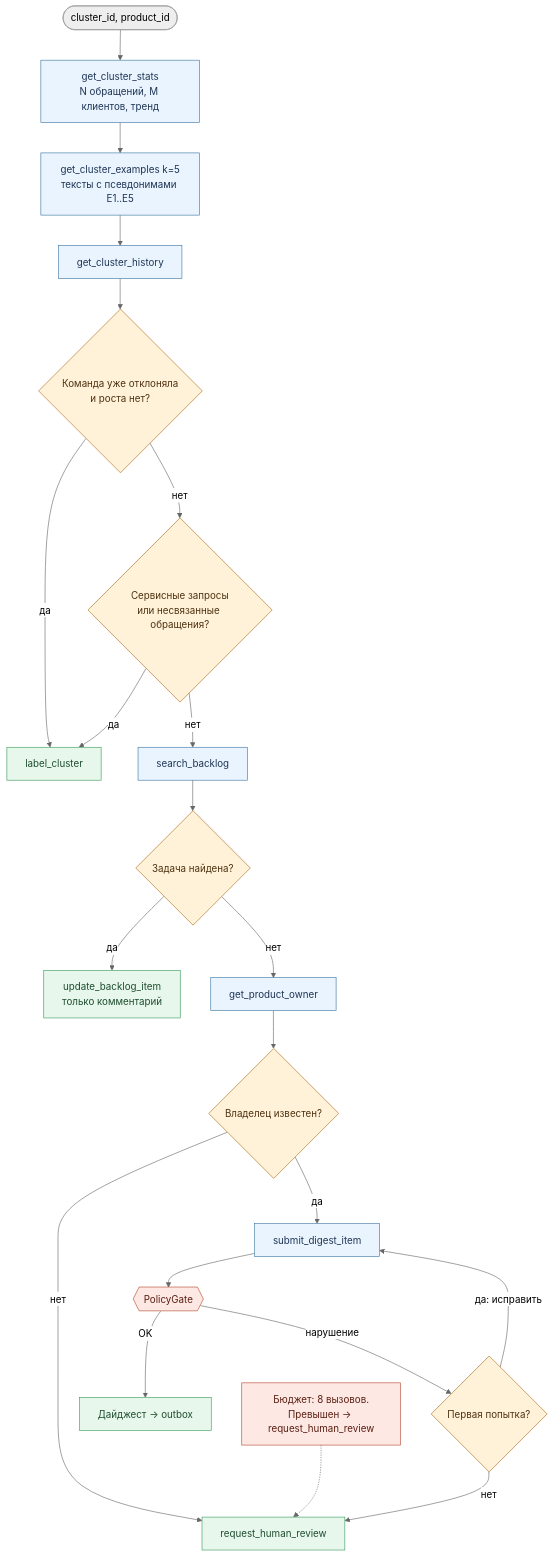
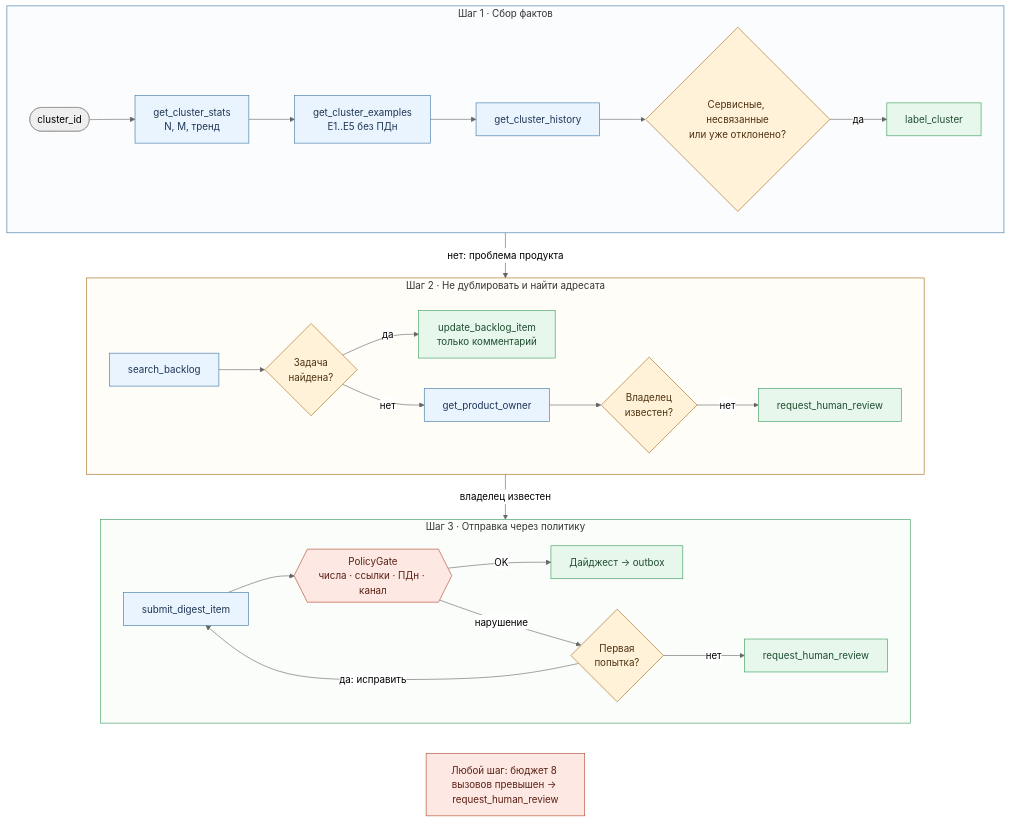
The diagram in docs/diagrams/03-agent-workflow.mmd (Gnod-do/ticket-triage-agent), drawn with Mermaid (neutral theme) before and after one commit. The commit also changed 11 other files, not shown here.

Commit message:
build(submission): DOCX/PDF exporter with 15k character check; print-friendly diagrams

```diff
--- a/docs/diagrams/03-agent-workflow.mmd
+++ b/docs/diagrams/03-agent-workflow.mmd
@@ -1,27 +1,41 @@
 %% Алгоритм агента по одному кластеру: 4 возможных исхода, ≤ 8 вызовов инструментов
 flowchart TB
   classDef tool fill:#eaf4ff,stroke:#3d76a2,color:#1e3554
   classDef dec fill:#fff2d9,stroke:#a66b17,color:#4d3210
   classDef out fill:#e7f7ec,stroke:#3a9b5c,color:#1f4d30
   classDef gate fill:#fde8e4,stroke:#b4472e,color:#5a1f12
 
-  S(["cluster_id, product_id"]) --> T1["get_cluster_stats<br/>N обращений, M клиентов, тренд"]:::tool
-  T1 --> T2["get_cluster_examples k=5<br/>тексты с псевдонимами E1..E5"]:::tool
-  T2 --> T3["get_cluster_history"]:::tool
-  T3 --> D1{"Команда уже отклоняла<br/>и роста нет?"}:::dec
-  D1 -->|"да"| L1["label_cluster"]:::out
-  D1 -->|"нет"| D2{"Сервисные запросы<br/>или несвязанные обращения?"}:::dec
-  D2 -->|"да"| L1
-  D2 -->|"нет"| T4["search_backlog"]:::tool
-  T4 --> D3{"Задача найдена?"}:::dec
-  D3 -->|"да"| L2["update_backlog_item<br/>только комментарий"]:::out
-  D3 -->|"нет"| T5["get_product_owner"]:::tool
-  T5 --> D4{"Владелец известен?"}:::dec
-  D4 -->|"нет"| L4["request_human_review"]:::out
-  D4 -->|"да"| T6["submit_digest_item"]:::tool
-  T6 --> G{{"PolicyGate"}}:::gate
-  G -->|"OK"| L3["Дайджест → outbox"]:::out
-  G -->|"нарушение"| D5{"Первая попытка?"}:::dec
-  D5 -->|"да: исправить"| T6
-  D5 -->|"нет"| L4
-  B["Бюджет: 8 вызовов.<br/>Превышен → request_human_review"]:::gate -.-> L4
+  subgraph A1["Шаг 1 · Сбор фактов"]
+    direction LR
+    S(["cluster_id"]) --> T1["get_cluster_stats<br/>N, M, тренд"]:::tool
+    T1 --> T2["get_cluster_examples<br/>E1..E5 без ПДн"]:::tool
+    T2 --> T3["get_cluster_history"]:::tool
+    T3 --> D1{"Сервисные, несвязанные<br/>или уже отклонено?"}:::dec
+    D1 -->|"да"| L1["label_cluster"]:::out
+  end
+
+  subgraph A2["Шаг 2 · Не дублировать и найти адресата"]
+    direction LR
+    T4["search_backlog"]:::tool --> D3{"Задача<br/>найдена?"}:::dec
+    D3 -->|"да"| L2["update_backlog_item<br/>только комментарий"]:::out
+    D3 -->|"нет"| T5["get_product_owner"]:::tool
+    T5 --> D4{"Владелец<br/>известен?"}:::dec
+    D4 -->|"нет"| L4a["request_human_review"]:::out
+  end
+
+  subgraph A3["Шаг 3 · Отправка через политику"]
+    direction LR
+    T6["submit_digest_item"]:::tool --> G{{"PolicyGate<br/>числа · ссылки · ПДн · канал"}}:::gate
+    G -->|"OK"| L3["Дайджест → outbox"]:::out
+    G -->|"нарушение"| D5{"Первая<br/>попытка?"}:::dec
+    D5 -->|"да: исправить"| T6
+    D5 -->|"нет"| L4b["request_human_review"]:::out
+  end
+
+  A1 -->|"нет: проблема продукта"| A2
+  A2 -->|"владелец известен"| A3
+  B["Любой шаг: бюджет 8 вызовов превышен → request_human_review"]:::gate
+  A3 ~~~ B
+  style A1 fill:#fbfcfe,stroke:#3d76a2
+  style A2 fill:#fffdf8,stroke:#a66b17
+  style A3 fill:#fbfdfb,stroke:#3a9b5c
```
